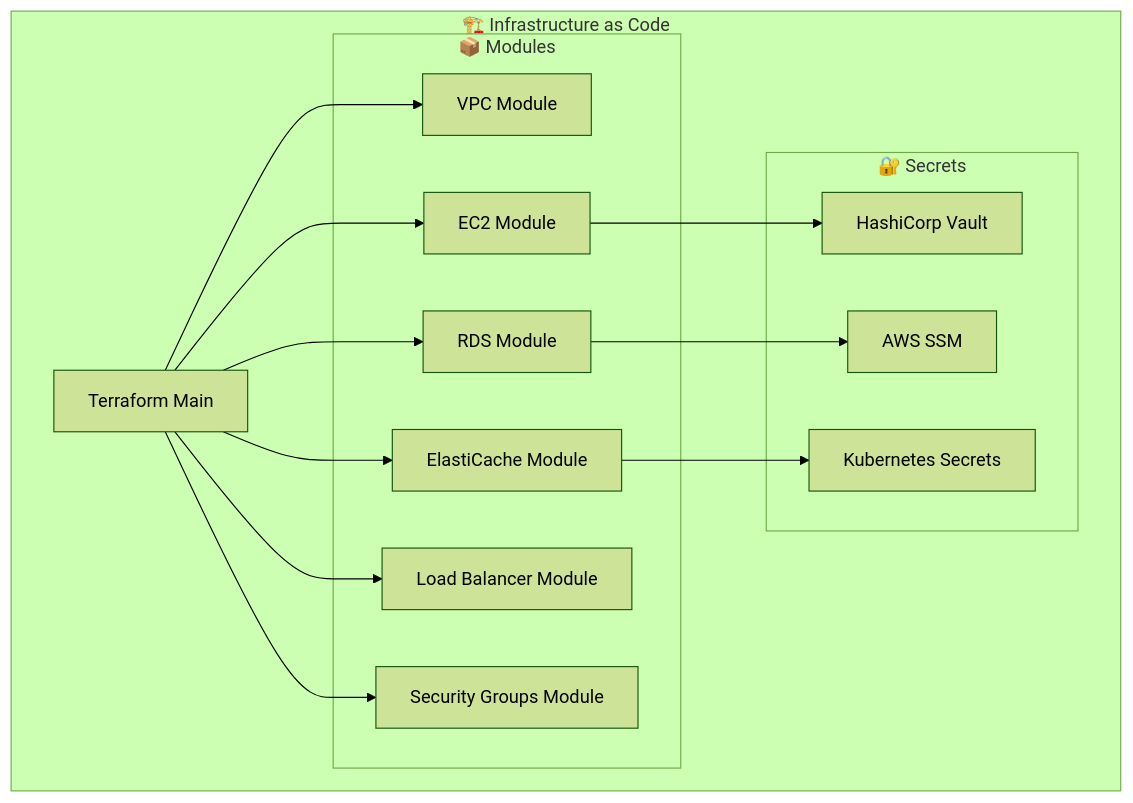
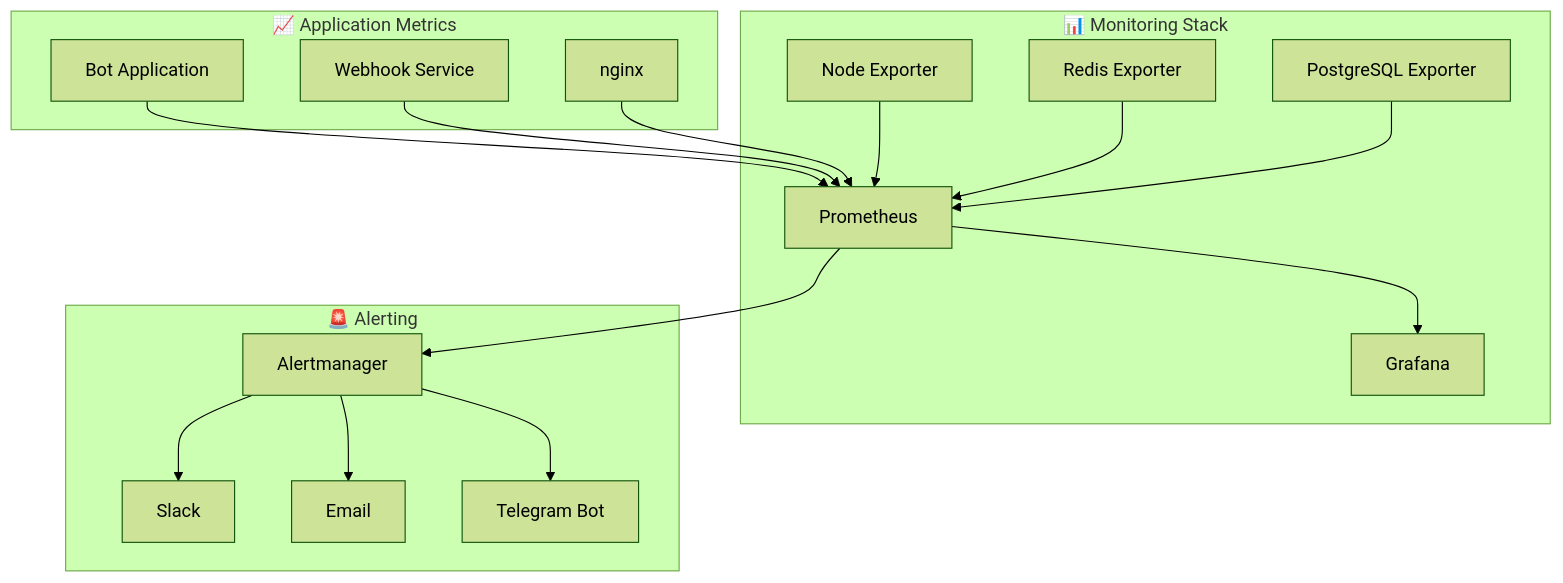
Before and after one commit to neKamita/Mirza-Telegram-Shop-Bot: the sixth of 12 diagrams in docs/DEPLOYMENT.md, drawn with Mermaid (forest theme). The commit also changed other lines of this file and 7 other files, not shown here.

````diff
--- a/docs/DEPLOYMENT.md
+++ b/docs/DEPLOYMENT.md
@@ -218,33 +643,38 @@
 ```mermaid
-graph TD
-    subgraph "🏗️ Infrastructure as Code"
-        TF[Terraform Main]
-        
-        subgraph "📦 Modules"
-            VPC[VPC Module]
-            EC2[EC2 Module]
-            RDS[RDS Module]
-            REDIS[ElastiCache Module]
-            LB[Load Balancer Module]
-            SEC[Security Groups Module]
-        end
-        
-        subgraph "🔐 Secrets"
-            VAULT[HashiCorp Vault]
-            SSM[AWS SSM]
-            K8S_SEC[Kubernetes Secrets]
-        end
+graph TB
+    subgraph "📊 Monitoring Stack"
+        PROMETHEUS[Prometheus]
+        GRAFANA[Grafana]
+        NODE_EXPORTER[Node Exporter]
+        REDIS_EXPORTER[Redis Exporter]
+        POSTGRES_EXPORTER[PostgreSQL Exporter]
     end
-    
-    TF --> VPC
-    TF --> EC2
-    TF --> RDS
-    TF --> REDIS
-    TF --> LB
-    TF --> SEC
-    
-    EC2 --> VAULT
-    RDS --> SSM
-    REDIS --> K8S_SEC
-    
+
+    subgraph "📈 Application Metrics"
+        APP[Bot Application]
+        WEBHOOK[Webhook Service]
+        NGINX[nginx]
+    end
+
+    subgraph "🚨 Alerting"
+        ALERTMANAGER[Alertmanager]
+        SLACK[Slack]
+        EMAIL[Email]
+        TELEGRAM[Telegram Bot]
+    end
+
+    APP --> PROMETHEUS
+    WEBHOOK --> PROMETHEUS
+    NGINX --> PROMETHEUS
+
+    NODE_EXPORTER --> PROMETHEUS
+    REDIS_EXPORTER --> PROMETHEUS
+    POSTGRES_EXPORTER --> PROMETHEUS
+
+    PROMETHEUS --> GRAFANA
+    PROMETHEUS --> ALERTMANAGER
+
+    ALERTMANAGER --> SLACK
+    ALERTMANAGER --> EMAIL
+    ALERTMANAGER --> TELEGRAM
 ```
````
